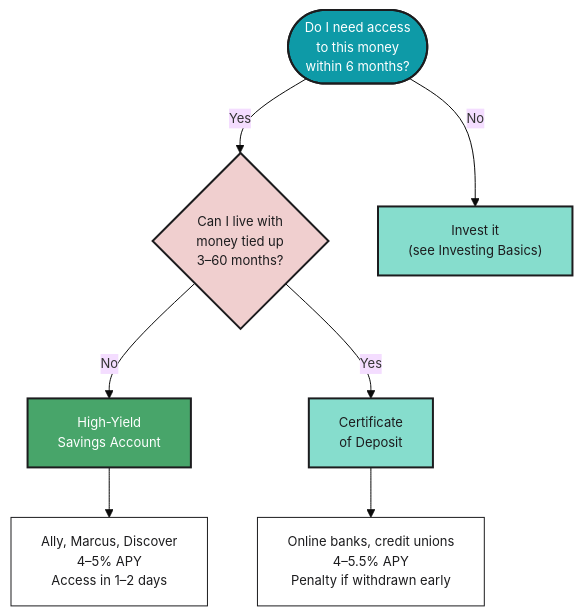
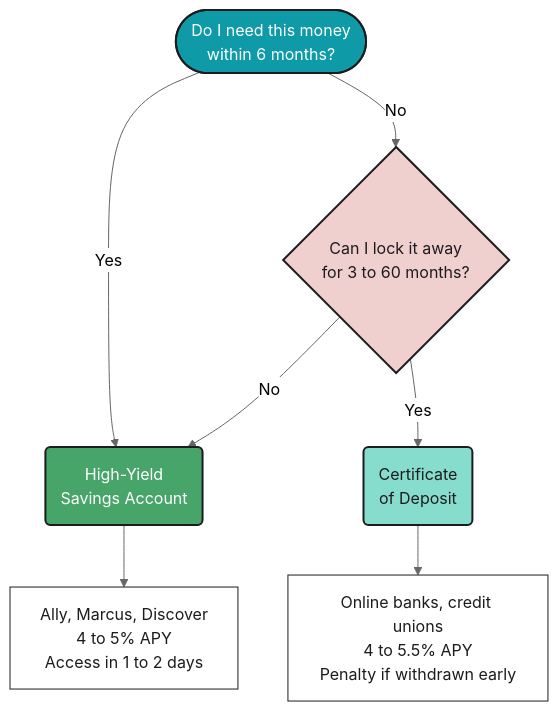
Before and after one commit to mjfrigaard/fm-finance: the first of 2 diagrams in high_yield_accounts.qmd, drawn with Mermaid. The commit also changed other lines of this file and 20 other files, not shown here.

Commit message:
updates to mermaid diagrams

````diff
--- a/high_yield_accounts.qmd
+++ b/high_yield_accounts.qmd
@@ -32,22 +32,23 @@
 ```{mermaid}
-%%{init: {'theme': 'base', 'themeVariables': { 'fontFamily': 'monospace', "fontSize":"13px"}}}%%
+%%| fig-cap: 'Choosing the Right Account'
+%%| fig-align: center
+%%{init: {'theme': 'neutral', 'themeVariables': { 'fontFamily': 'monospace', "darkMode":false, "fontSize":"16px"}}}%%
 
 flowchart TD
-    Start(["Do I need access<br>to this money<br>within 6 months?"])
-    Start -->|Yes| Q2{"Can I live with<br>money tied up<br>3–60 months?"}
-    Start -->|No| Invest["Invest it<br>(see Investing Basics)"]
+    Start(["Do I need this money<br>within 6 months?"])
+    Start -->|"Yes"| HYSA("High-Yield<br>Savings Account")
+    Start -->|"No"| Q2{"Can I lock it away<br>for 3 to 60 months?"}
 
-    Q2 -->|No| HYSA["High-Yield<br>Savings Account"]
-    Q2 -->|Yes| CD["Certificate<br>of Deposit"]
+    Q2 -->|"Yes"| CD("Certificate<br>of Deposit")
+    Q2 -->|"No"| HYSA
 
-    HYSA --> HYSA_Details["Ally, Marcus, Discover<br>4–5% APY<br>Access in 1–2 days"]
-    CD --> CD_Details["Online banks, credit unions<br>4–5.5% APY<br>Penalty if withdrawn early"]
+    HYSA --> HYSA_Details["Ally, Marcus, Discover<br>4 to 5% APY<br>Access in 1 to 2 days"]
+    CD --> CD_Details["Online banks, credit unions<br>4 to 5.5% APY<br>Penalty if withdrawn early"]
 
     style Start fill:#0e9aa7,color:#FFFFFF,stroke:#1C1C1E,stroke-width:2px
     style Q2 fill:#f0cfcf,color:#1C1C1E,stroke:#1C1C1E,stroke-width:2px
     style HYSA fill:#48a56a,color:#FFFFFF,stroke:#1C1C1E,stroke-width:2px
     style CD fill:#86ddcd,color:#1C1C1E,stroke:#1C1C1E,stroke-width:2px
-    style Invest fill:#86ddcd,color:#1C1C1E,stroke:#1C1C1E,stroke-width:2px
     style HYSA_Details fill:#FFFFFF,color:#1C1C1E,stroke:#1C1C1E,stroke-width:1px
     style CD_Details fill:#FFFFFF,color:#1C1C1E,stroke:#1C1C1E,stroke-width:1px
 ```
````
